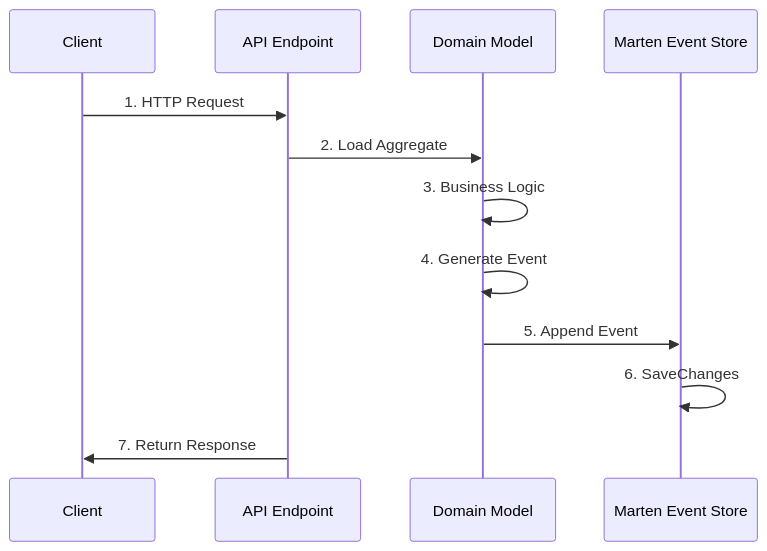
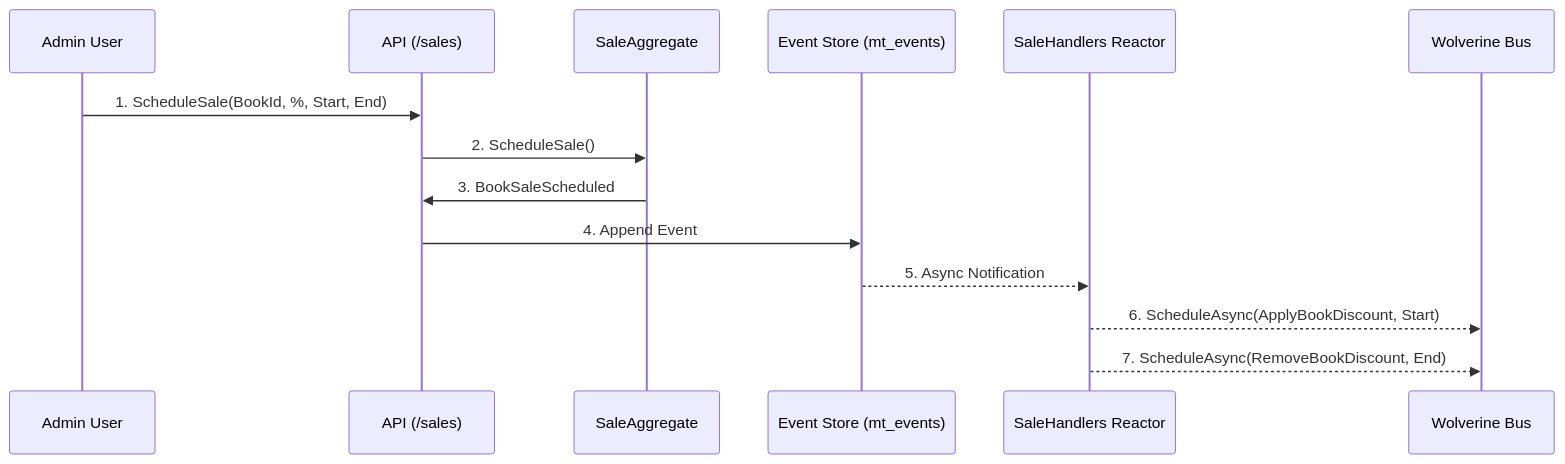
Before and after one commit to aalmada/BookStore: the third of 6 diagrams in docs/architecture.md, drawn with Mermaid. The commit also changed other lines of this file, not shown here.

Commit message:
docs: add detailed event modeling for sale lifecycle and discount application

````diff
--- a/docs/architecture.md
+++ b/docs/architecture.md
@@ -218,15 +254,17 @@
 ```mermaid
 sequenceDiagram
-    participant Client
-    participant API as API Endpoint
-    participant Domain as Domain Model
-    participant Marten as Marten Event Store
-    
-    Client->>API: 1. HTTP Request
-    API->>Domain: 2. Load Aggregate
-    Domain->>Domain: 3. Business Logic
-    Domain->>Domain: 4. Generate Event
-    Domain->>Marten: 5. Append Event
-    Marten->>Marten: 6. SaveChanges
-    API->>Client: 7. Return Response
+    participant Admin as Admin User
+    participant API as API (/sales)
+    participant SaleAgg as SaleAggregate
+    participant Marten as Event Store (mt_events)
+    participant Reactor as SaleHandlers Reactor
+    participant Wolverine as Wolverine Bus
+
+    Admin->>API: 1. ScheduleSale(BookId, %, Start, End)
+    API->>SaleAgg: 2. ScheduleSale()
+    SaleAgg->>API: 3. BookSaleScheduled
+    API->>Marten: 4. Append Event
+    Marten-->>Reactor: 5. Async Notification
+    Reactor-->>Wolverine: 6. ScheduleAsync(ApplyBookDiscount, Start)
+    Reactor-->>Wolverine: 7. ScheduleAsync(RemoveBookDiscount, End)
 ```
````
